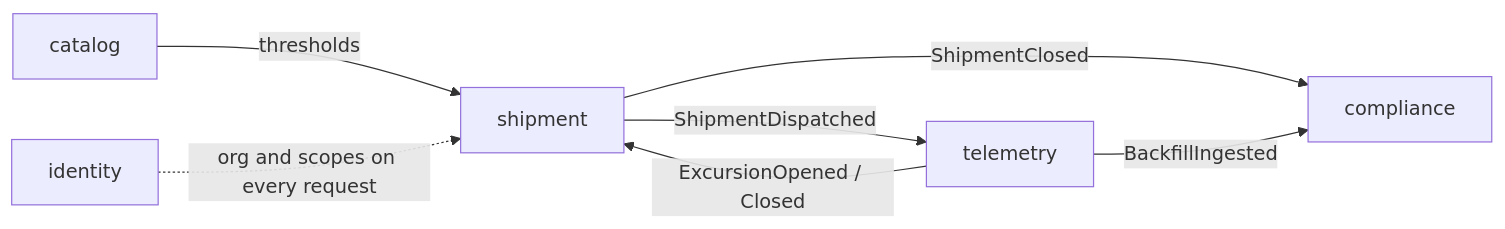
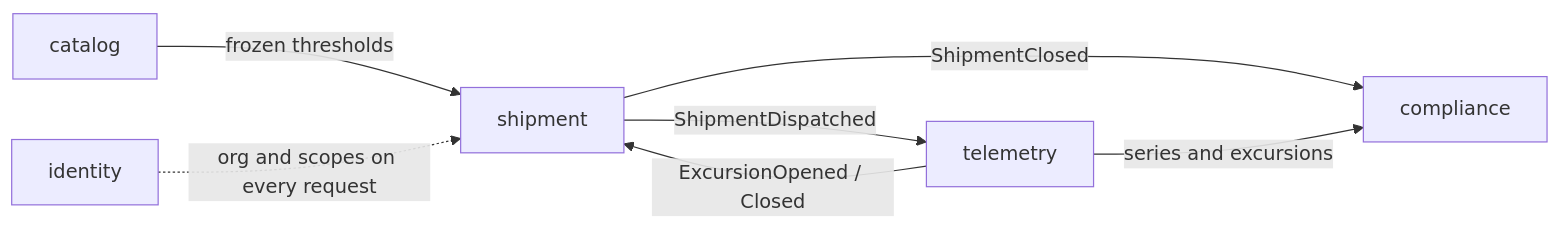
Before and after one commit to jorge-lherrera/coldchain-api: the diagram in README.md, drawn with Mermaid. The commit also changed other lines of this file and 4 other files, not shown here.

````diff
--- a/README.md
+++ b/README.md
@@ -48,9 +49,9 @@
 ```mermaid
 flowchart LR
-  catalog -- "thresholds" --> shipment
+  catalog -- "frozen thresholds" --> shipment
   shipment -- "ShipmentDispatched" --> telemetry
   telemetry -- "ExcursionOpened / Closed" --> shipment
   shipment -- "ShipmentClosed" --> compliance
-  telemetry -- "BackfillIngested" --> compliance
+  telemetry -- "series and excursions" --> compliance
   identity -. "org and scopes on every request" .-> shipment
 ```
````
